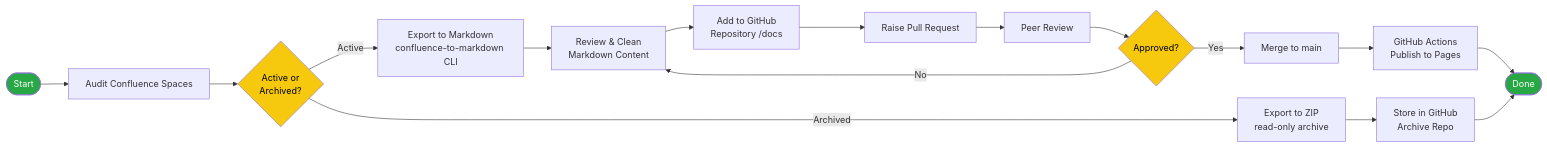
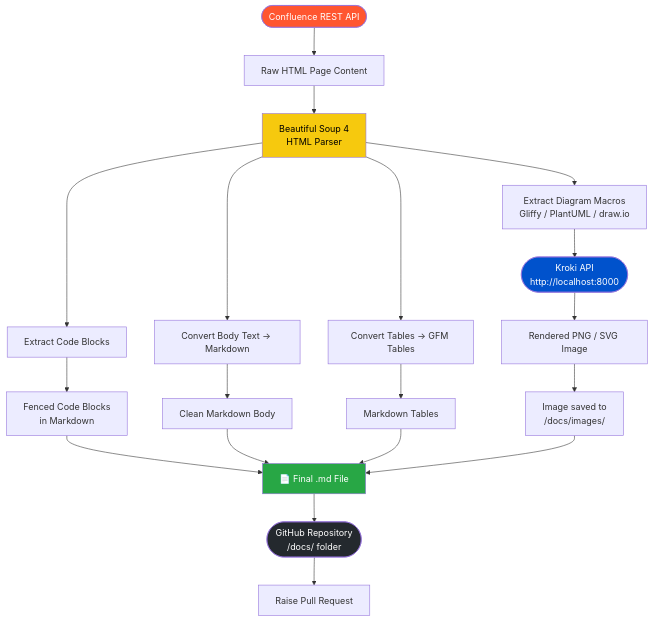
The sixth of 9 diagrams in confluence-to-github-migration-proposal.md (trravindra/Migration), drawn with Mermaid before and after one commit. The commit also changed other lines of this file, not shown here.

Commit message:
docs: add automated Beautiful Soup + Kroki migration pipeline section

````diff
--- a/confluence-to-github-migration-proposal.md
+++ b/confluence-to-github-migration-proposal.md
@@ -316,23 +304,31 @@
 ```mermaid
-flowchart LR
-    A([Start]) --> B[Audit Confluence Spaces]
-    B --> C{Active or\nArchived?}
-    C -->|Active| D[Export to Markdown\nconfluence-to-markdown CLI]
-    C -->|Archived| E[Export to ZIP\nread-only archive]
-    D --> F[Review & Clean\nMarkdown Content]
-    F --> G[Add to GitHub\nRepository /docs]
-    G --> H[Raise Pull Request]
-    H --> I[Peer Review]
-    I --> J{Approved?}
-    J -->|Yes| K[Merge to main]
-    J -->|No| F
-    K --> L[GitHub Actions\nPublish to Pages]
-    L --> M([Done])
-    E --> N[Store in GitHub\nArchive Repo]
-    N --> M
+flowchart TD
+    CF_API([Confluence REST API]) --> HTML[Raw HTML Page Content]
+    HTML --> BS[Beautiful Soup 4\nHTML Parser]
+    BS --> TABLES[Convert Tables → GFM Tables]
+    BS --> CODE[Extract Code Blocks]
+    BS --> DIAG[Extract Diagram Macros\nGliffy / PlantUML / draw.io]
+    BS --> TEXT[Convert Body Text → Markdown]
 
-    style A fill:#28a745,color:#fff
-    style M fill:#28a745,color:#fff
-    style J fill:#f6c90e,color:#000
-    style C fill:#f6c90e,color:#000
+    CODE --> MD_CODE[Fenced Code Blocks\nin Markdown]
+    TEXT --> MD_TEXT[Clean Markdown Body]
+    TABLES --> MD_TABLE[Markdown Tables]
+
+    DIAG --> KROKI_API([Kroki API\nhttp://localhost:8000])
+    KROKI_API --> IMG[Rendered PNG / SVG Image]
+    IMG --> GH_IMG[Image saved to\n/docs/images/]
+
+    MD_CODE --> FINAL[📄 Final .md File]
+    MD_TEXT --> FINAL
+    MD_TABLE --> FINAL
+    GH_IMG --> FINAL
+
+    FINAL --> GH_REPO([GitHub Repository\n/docs/ folder])
+    GH_REPO --> PR[Raise Pull Request]
+
+    style CF_API fill:#FF5630,color:#fff
+    style KROKI_API fill:#0052CC,color:#fff
+    style GH_REPO fill:#24292e,color:#fff
+    style FINAL fill:#28a745,color:#fff
+    style BS fill:#f6c90e,color:#000
 ```
````
